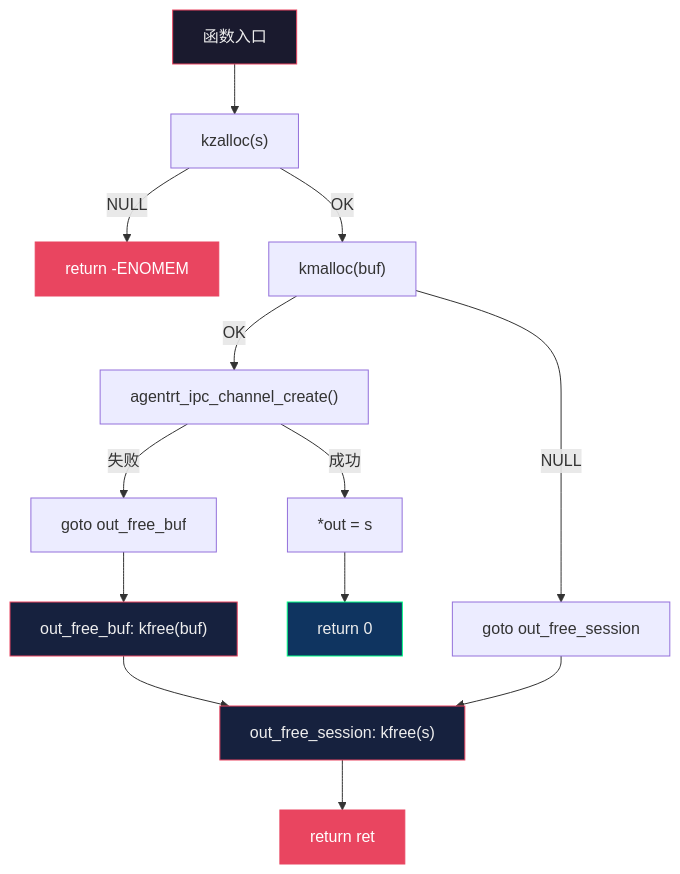
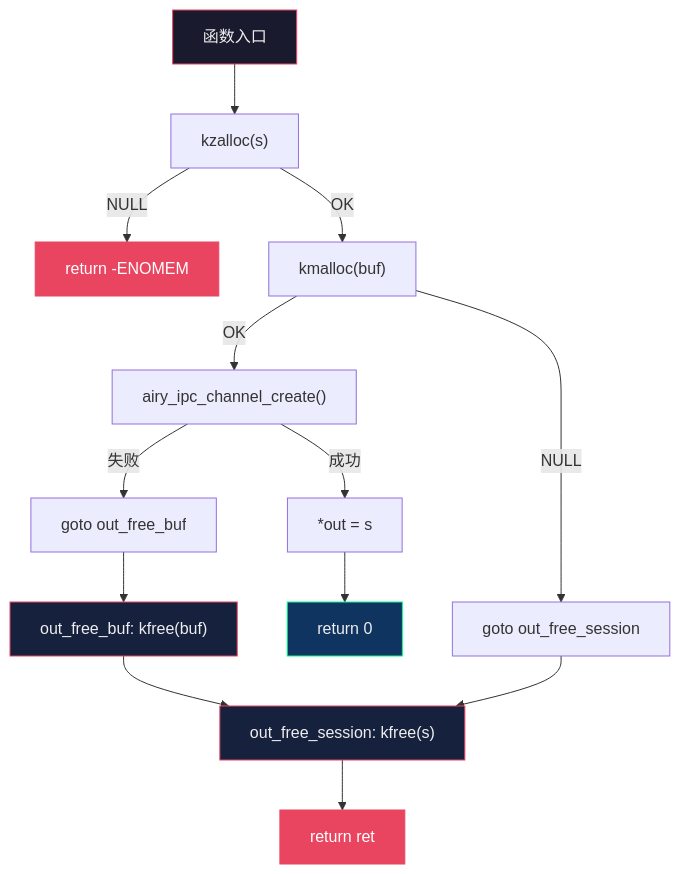
One commit to openairymax/docs-linux changed the diagram in 50-engineering-standards/10-coding-style/C_coding_style_standard.md. Above: the diagram before and after it, drawn with Mermaid. The commit also changed other lines of this file and 132 other files, not shown here.

Commit message:
chore: 完成全项目命名空间从agentrt到airy的统一替换 本次提交完成了代码库中所有`agentrt_`相关命名空间、宏定义、标识符的统一替换，改为`airy_`前缀，同时完成了部分文档的排版优化与路径修正： 1. 替换了所有API函数、结构体、宏定义的命名前缀 2. 更新了文档中的示例代码与引用路径

````diff
--- a/50-engineering-standards/10-coding-style/C_coding_style_standard.md
+++ b/50-engineering-standards/10-coding-style/C_coding_style_standard.md
@@ -431,23 +431,23 @@
 ```mermaid
 graph TD
     START["函数入口"] --> ALLOC1["kzalloc(s)"]
     ALLOC1 -->|"NULL"| RET_ENOMEM["return -ENOMEM"]
     ALLOC1 -->|"OK"| ALLOC2["kmalloc(buf)"]
     ALLOC2 -->|"NULL"| GOTO_S["goto out_free_session"]
-    ALLOC2 -->|"OK"| OP["agentrt_ipc_channel_create()"]
+    ALLOC2 -->|"OK"| OP["airy_ipc_channel_create()"]
     OP -->|"失败"| GOTO_B["goto out_free_buf"]
     OP -->|"成功"| SET_OUT["*out = s"]
     SET_OUT --> RET_OK["return 0"]
 
     GOTO_B --> FREE_B["out_free_buf: kfree(buf)"]
     FREE_B --> FREE_S["out_free_session: kfree(s)"]
     GOTO_S --> FREE_S
     FREE_S --> RET_ERR["return ret"]
 
     style START fill:#1a1a2e,stroke:#e94560,color:#eee
     style RET_OK fill:#0f3460,stroke:#00ff88,color:#eee
     style RET_ERR fill:#e94560,stroke:#e94560,color:#fff
     style RET_ENOMEM fill:#e94560,stroke:#e94560,color:#fff
     style FREE_B fill:#16213e,stroke:#e94560,color:#eee
     style FREE_S fill:#16213e,stroke:#e94560,color:#eee
 ```
````
